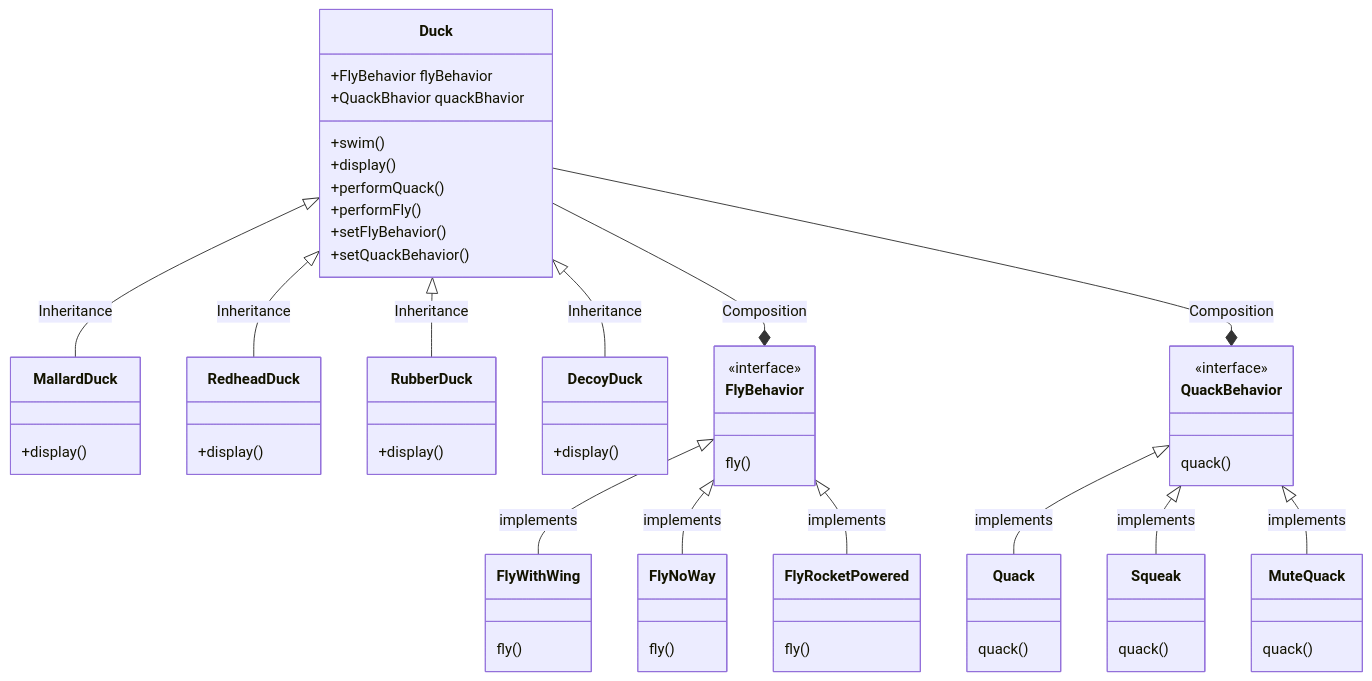
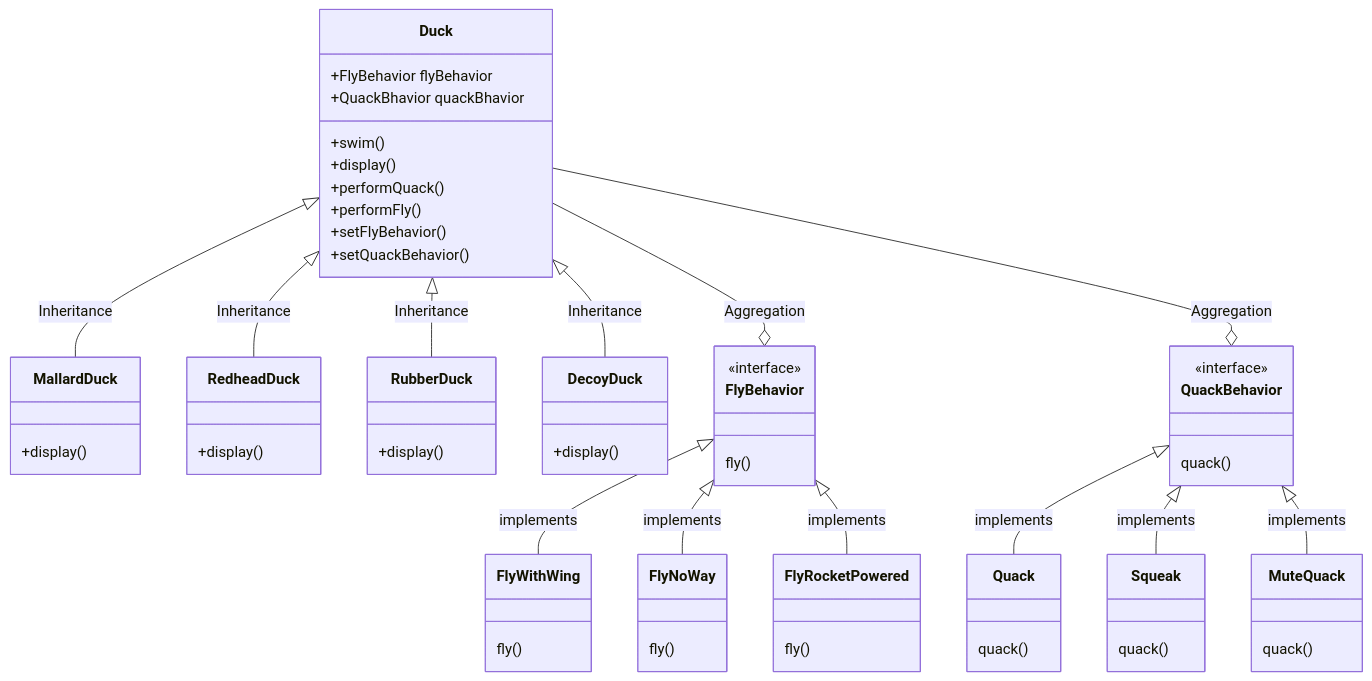
Before and after one commit to ryom0624/solidity-design-patterns: the fourth of 4 diagrams in contracts/strategy/uml.md, drawn with Mermaid.

Commit message:
modify strategy  uml

````diff
--- a/contracts/strategy/uml.md
+++ b/contracts/strategy/uml.md
@@ -101,69 +101,69 @@
 ```mermaid
 classDiagram
 
     class Duck {
         +FlyBehavior flyBehavior
         +QuackBhavior quackBhavior
         +swim()
         +display()
         +performQuack()
         +performFly()
         +setFlyBehavior()
         +setQuackBehavior()
     }
 
     class MallardDuck {
         +display()
     }
     class RedheadDuck {
         +display()
     }
     class RubberDuck {
         +display()
     }
     class DecoyDuck {
         +display()
     }
     Duck <|-- MallardDuck : Inheritance
     Duck <|-- RedheadDuck : Inheritance
     Duck <|-- RubberDuck : Inheritance
     Duck <|-- DecoyDuck : Inheritance
-    Duck --* FlyBehavior : Composition
-    Duck --* QuackBehavior : Composition
+    Duck --o FlyBehavior : Aggregation
+    Duck --o QuackBehavior : Aggregation
 
     class FlyBehavior {
         <<interface>>
         fly()
     }
     class FlyWithWing {
         fly()
     }
     class FlyNoWay {
         fly()
     }
     class FlyRocketPowered {
         fly()
     }
     FlyBehavior <|-- FlyWithWing : implements
     FlyBehavior <|-- FlyNoWay : implements
     FlyBehavior <|-- FlyRocketPowered : implements
 
     class QuackBehavior {
         <<interface>>
         quack()
     }
     class Quack {
         quack()
     }
     class Squeak {
         quack()
     }
     class MuteQuack {
         quack()
     }
     QuackBehavior <|-- Quack : implements
     QuackBehavior <|-- Squeak : implements
     QuackBehavior <|-- MuteQuack : implements
 
 
 ```
````
